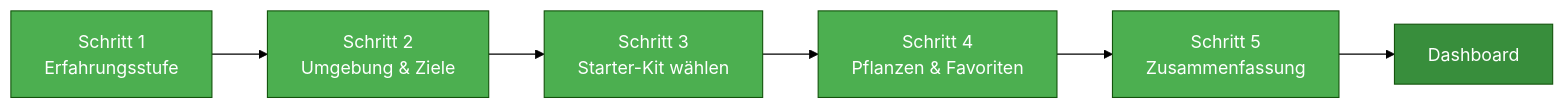
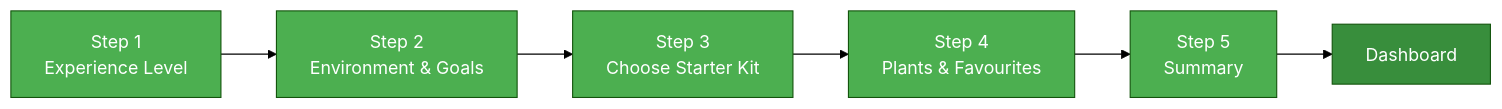
One commit to nolte/kamerplanter changed the diagram in docs/de/user-guide/onboarding.md. Above: the diagram before and after it, drawn with Mermaid (forest theme). The commit also changed other lines of this file and 44 other files, not shown here.

First line of the commit message:
docs: make all Mermaid diagrams spec-compliant (repo-wide sweep)

````diff
--- a/docs/de/user-guide/onboarding.md
+++ b/docs/de/user-guide/onboarding.md
@@ -32,15 +33,15 @@
 ```mermaid
 flowchart LR
-    A["Schritt 1\nErfahrungsstufe"] --> B["Schritt 2\nUmgebung & Ziele"]
-    B --> C["Schritt 3\nStarter-Kit wählen"]
-    C --> D["Schritt 4\nPflanzen & Favoriten"]
-    D --> E["Schritt 5\nZusammenfassung"]
+    A["Step 1<br/>Experience Level"] --> B["Step 2<br/>Environment & Goals"]
+    B --> C["Step 3<br/>Choose Starter Kit"]
+    C --> D["Step 4<br/>Plants & Favourites"]
+    D --> E["Step 5<br/>Summary"]
     E --> F["Dashboard"]
 
     style A fill:#4CAF50,color:#fff
     style B fill:#4CAF50,color:#fff
     style C fill:#4CAF50,color:#fff
     style D fill:#4CAF50,color:#fff
     style E fill:#4CAF50,color:#fff
     style F fill:#388E3C,color:#fff
 ```
````
